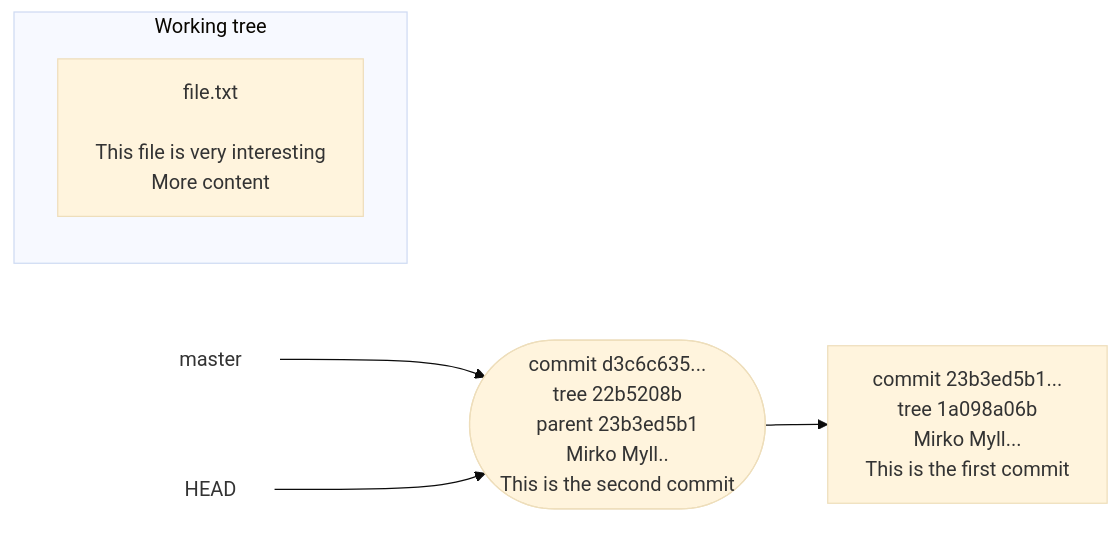
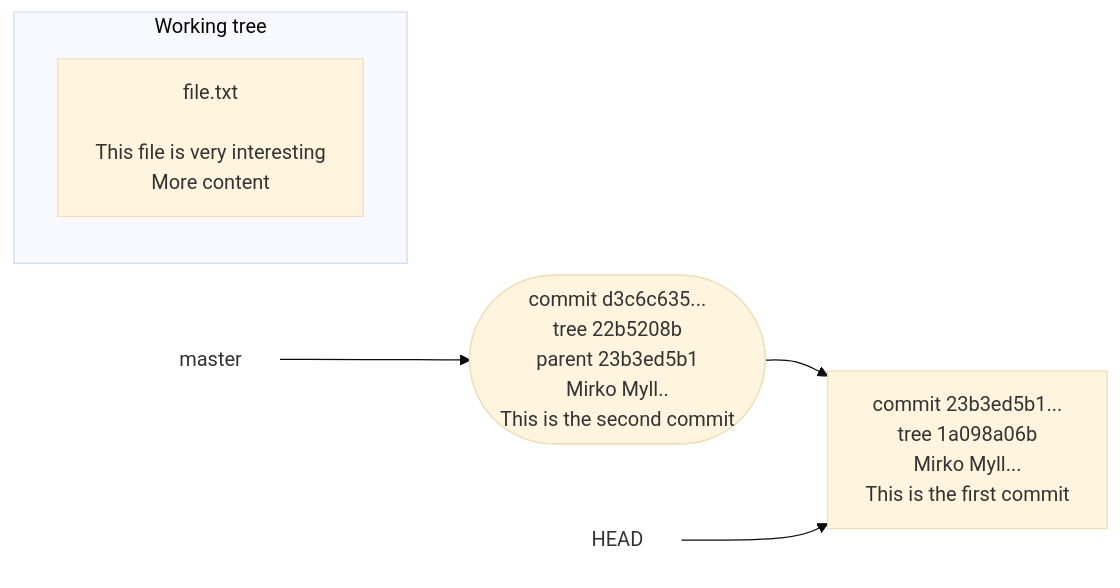
One commit to hpc2n/course-intro-git changed diagram 18 of 26 in docs/basic-concepts.md. Above: the diagram before and after it, drawn with Mermaid (base theme). The commit also changed other lines of this file, not shown here.

````diff
--- a/docs/basic-concepts.md
+++ b/docs/basic-concepts.md
@@ -1021,19 +1021,19 @@
 ```mermaid
 graph LR
   
   head["HEAD"]
   style head fill:#ffffff,stroke:#ffffff
   master["master"]
   style master fill:#ffffff,stroke:#ffffff
   
   master --> secondcommit(["commit d3c6c635...<br>tree 22b5208b<br>parent 23b3ed5b1<br>Mirko Myll..<br>This is the second commit"])
   firstcommit["commit 23b3ed5b1...<br>tree 1a098a06b<br>Mirko Myll...<br>This is the first commit"]
   
   secondcommit --> firstcommit
   
-  head --> secondcommit
+  head --> firstcommit
   
   subgraph clusterworkingtree["Working tree"]
     clusterfile["file.txt<br><br>This file is very interesting<br>More content"]
   end
 ```
````
